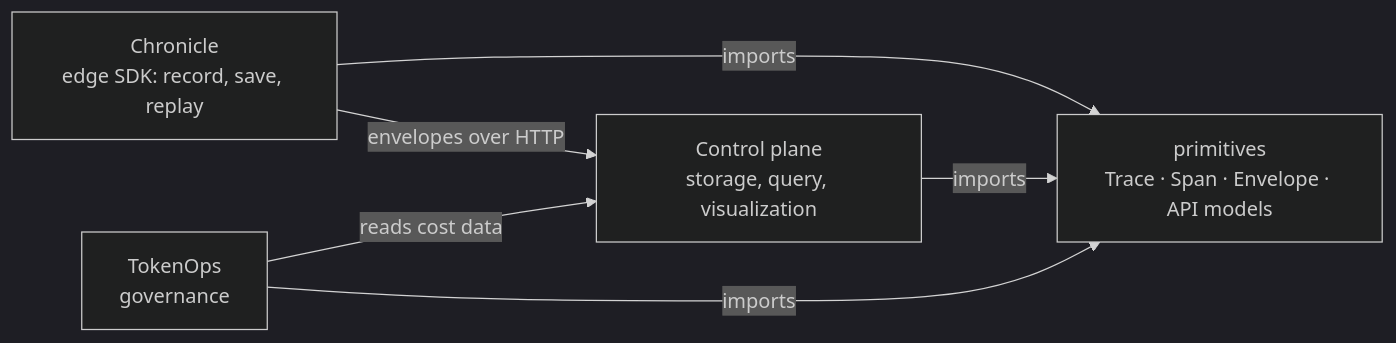
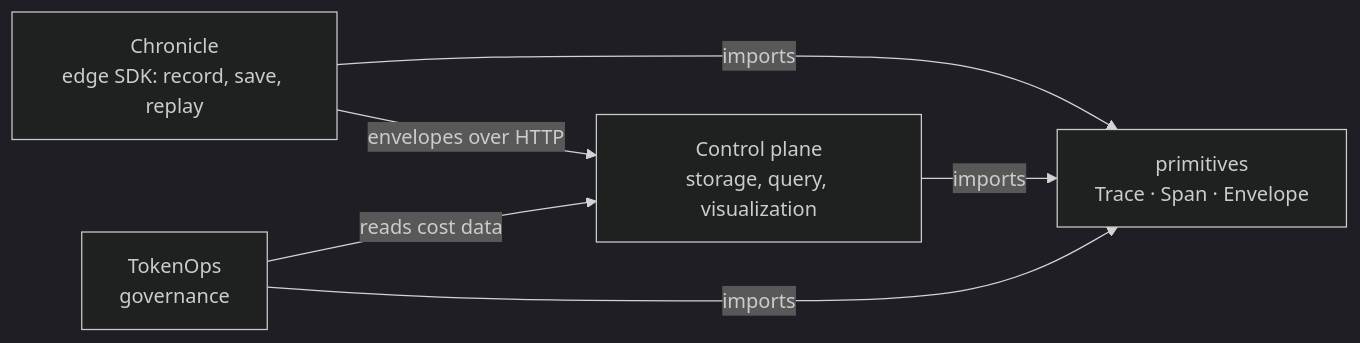
The diagram in README.md (theagentplane/primitives), drawn with Mermaid (dark theme) before and after one commit. The commit also changed other lines of this file and 6 other files, not shown here.

First line of the commit message:
Record that API wrappers live in control-plane, not primitives

````diff
--- a/README.md
+++ b/README.md
@@ -74,13 +74,13 @@
 ```mermaid
 flowchart LR
-    P["primitives<br/>Trace · Span · Envelope · API models"]
+    P["primitives<br/>Trace · Span · Envelope"]
     C["Chronicle<br/>edge SDK: record, save, replay"]
     CP["Control plane<br/>storage, query, visualization"]
     T["TokenOps<br/>governance"]
 
     C -->|imports| P
     CP -->|imports| P
     T -->|imports| P
     C -->|"envelopes over HTTP"| CP
     T -->|"reads cost data"| CP
 ```
````
